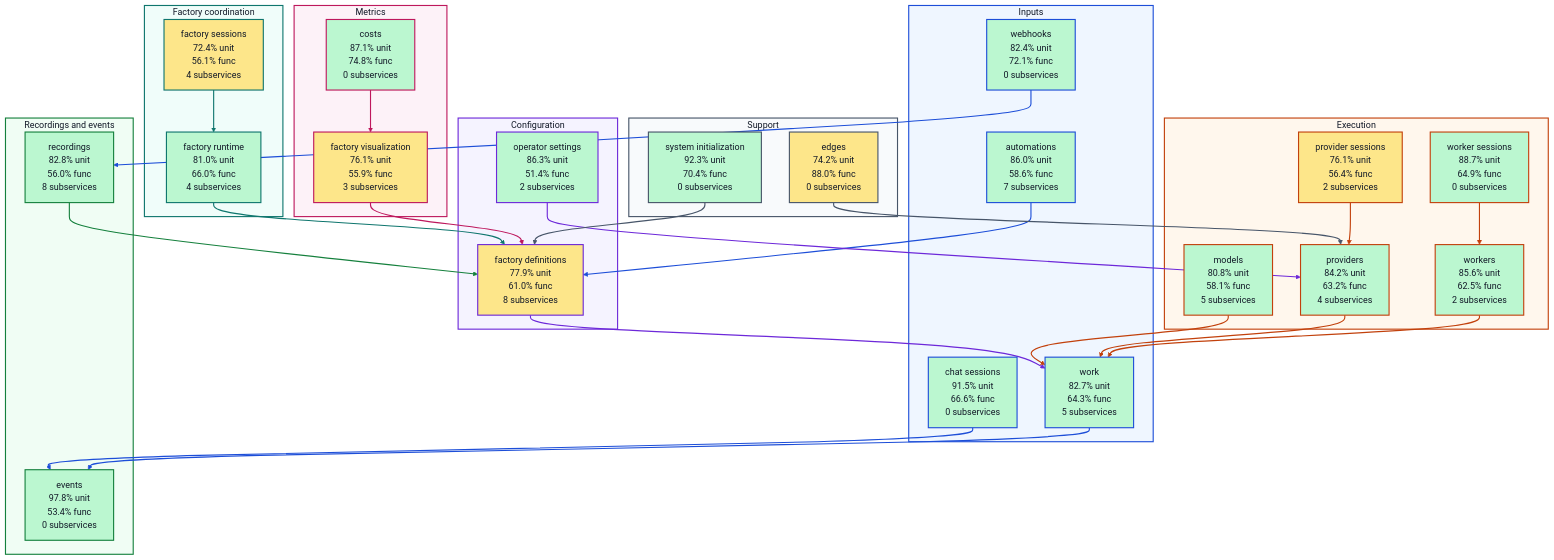
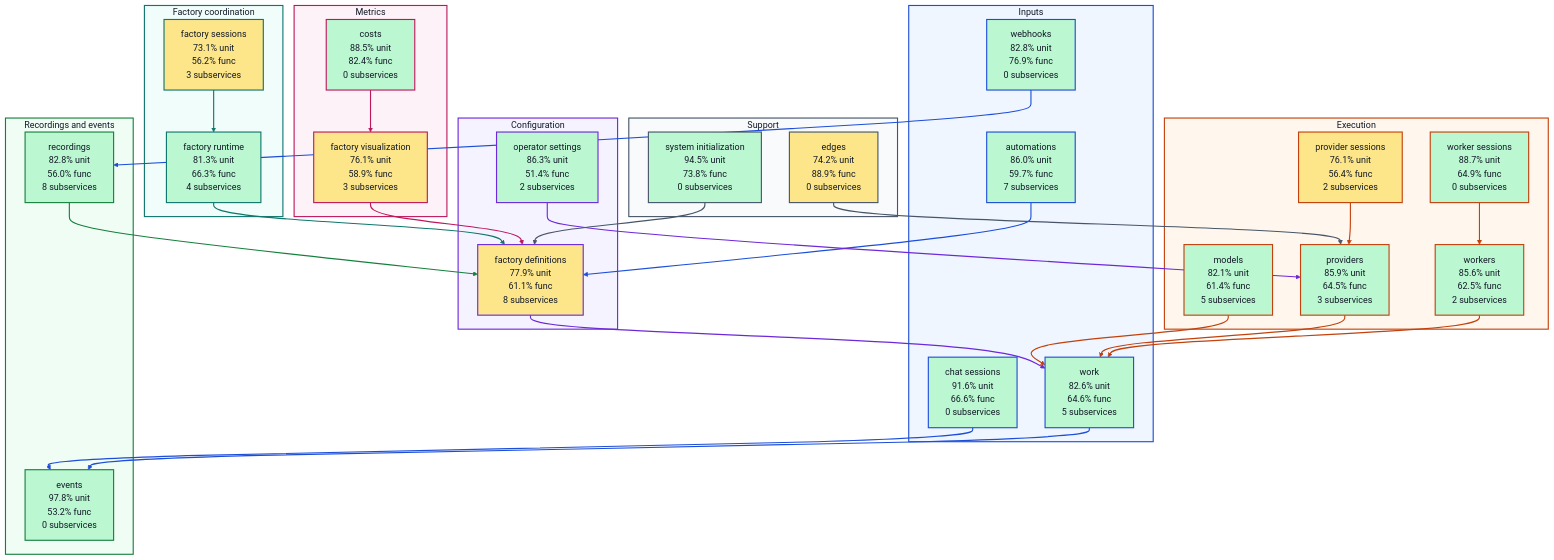
The diagram in docs/architecture/visualizations/high-level-test-coverage.md (portpowered/you-agent-factory), drawn with Mermaid before and after one commit. The commit also changed other lines of this file and 20 other files, not shown here.

Commit message:
docs: refresh backend architecture visualizations

````diff
--- a/docs/architecture/visualizations/high-level-test-coverage.md
+++ b/docs/architecture/visualizations/high-level-test-coverage.md
@@ -11,37 +11,37 @@
 ```mermaid
 flowchart TB
   subgraph input["Inputs"]
-    s_services_automations["automations<br/>86.0% unit<br/>58.6% func<br/>7 subservices"]
-    s_services_chat_sessions["chat sessions<br/>91.5% unit<br/>66.6% func<br/>0 subservices"]
-    s_services_webhooks["webhooks<br/>82.4% unit<br/>72.1% func<br/>0 subservices"]
-    s_services_work["work<br/>82.7% unit<br/>64.3% func<br/>5 subservices"]
+    s_services_automations["automations<br/>86.0% unit<br/>59.7% func<br/>7 subservices"]
+    s_services_chat_sessions["chat sessions<br/>91.6% unit<br/>66.6% func<br/>0 subservices"]
+    s_services_webhooks["webhooks<br/>82.8% unit<br/>76.9% func<br/>0 subservices"]
+    s_services_work["work<br/>82.6% unit<br/>64.6% func<br/>5 subservices"]
   end
   subgraph configuration["Configuration"]
-    s_services_factory_definitions["factory definitions<br/>77.9% unit<br/>61.0% func<br/>8 subservices"]
+    s_services_factory_definitions["factory definitions<br/>77.9% unit<br/>61.1% func<br/>8 subservices"]
     s_services_operator_settings["operator settings<br/>86.3% unit<br/>51.4% func<br/>2 subservices"]
   end
   subgraph coordination["Factory coordination"]
-    s_services_factory_runtime["factory runtime<br/>81.0% unit<br/>66.0% func<br/>4 subservices"]
-    s_services_factory_sessions["factory sessions<br/>72.4% unit<br/>56.1% func<br/>4 subservices"]
+    s_services_factory_runtime["factory runtime<br/>81.3% unit<br/>66.3% func<br/>4 subservices"]
+    s_services_factory_sessions["factory sessions<br/>73.1% unit<br/>56.2% func<br/>3 subservices"]
   end
   subgraph execution["Execution"]
-    s_services_models["models<br/>80.8% unit<br/>58.1% func<br/>5 subservices"]
+    s_services_models["models<br/>82.1% unit<br/>61.4% func<br/>5 subservices"]
     s_services_provider_sessions["provider sessions<br/>76.1% unit<br/>56.4% func<br/>2 subservices"]
-    s_services_providers["providers<br/>84.2% unit<br/>63.2% func<br/>4 subservices"]
+    s_services_providers["providers<br/>85.9% unit<br/>64.5% func<br/>3 subservices"]
     s_services_worker_sessions["worker sessions<br/>88.7% unit<br/>64.9% func<br/>0 subservices"]
     s_services_workers["workers<br/>85.6% unit<br/>62.5% func<br/>2 subservices"]
   end
   subgraph recordings["Recordings and events"]
-    s_services_events["events<br/>97.8% unit<br/>53.4% func<br/>0 subservices"]
+    s_services_events["events<br/>97.8% unit<br/>53.2% func<br/>0 subservices"]
     s_services_recordings["recordings<br/>82.8% unit<br/>56.0% func<br/>8 subservices"]
   end
   subgraph metrics["Metrics"]
-    s_services_costs["costs<br/>87.1% unit<br/>74.8% func<br/>0 subservices"]
-    s_services_factory_visualization["factory visualization<br/>76.1% unit<br/>55.9% func<br/>3 subservices"]
+    s_services_costs["costs<br/>88.5% unit<br/>82.4% func<br/>0 subservices"]
+    s_services_factory_visualization["factory visualization<br/>76.1% unit<br/>58.9% func<br/>3 subservices"]
   end
   subgraph support["Support"]
-    s_services_edges["edges<br/>74.2% unit<br/>88.0% func<br/>0 subservices"]
-    s_services_system_initialization["system initialization<br/>92.3% unit<br/>70.4% func<br/>0 subservices"]
+    s_services_edges["edges<br/>74.2% unit<br/>88.9% func<br/>0 subservices"]
+    s_services_system_initialization["system initialization<br/>94.5% unit<br/>73.8% func<br/>0 subservices"]
   end
   s_services_automations --> s_services_factory_definitions
   s_services_chat_sessions --> s_services_events
````
